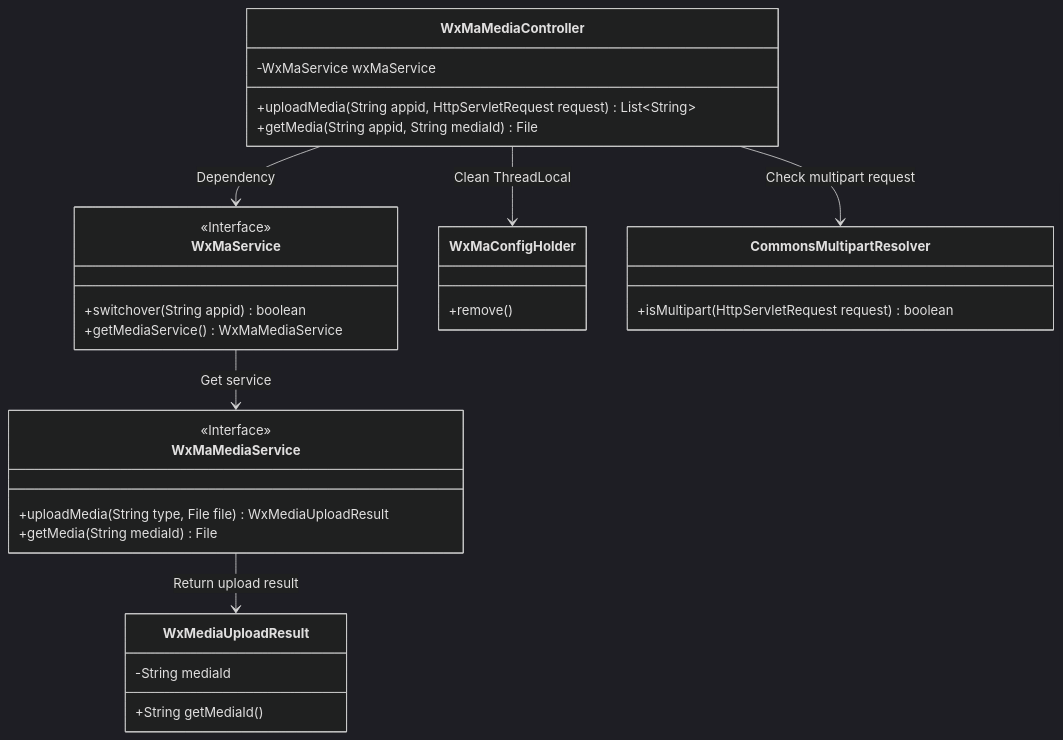
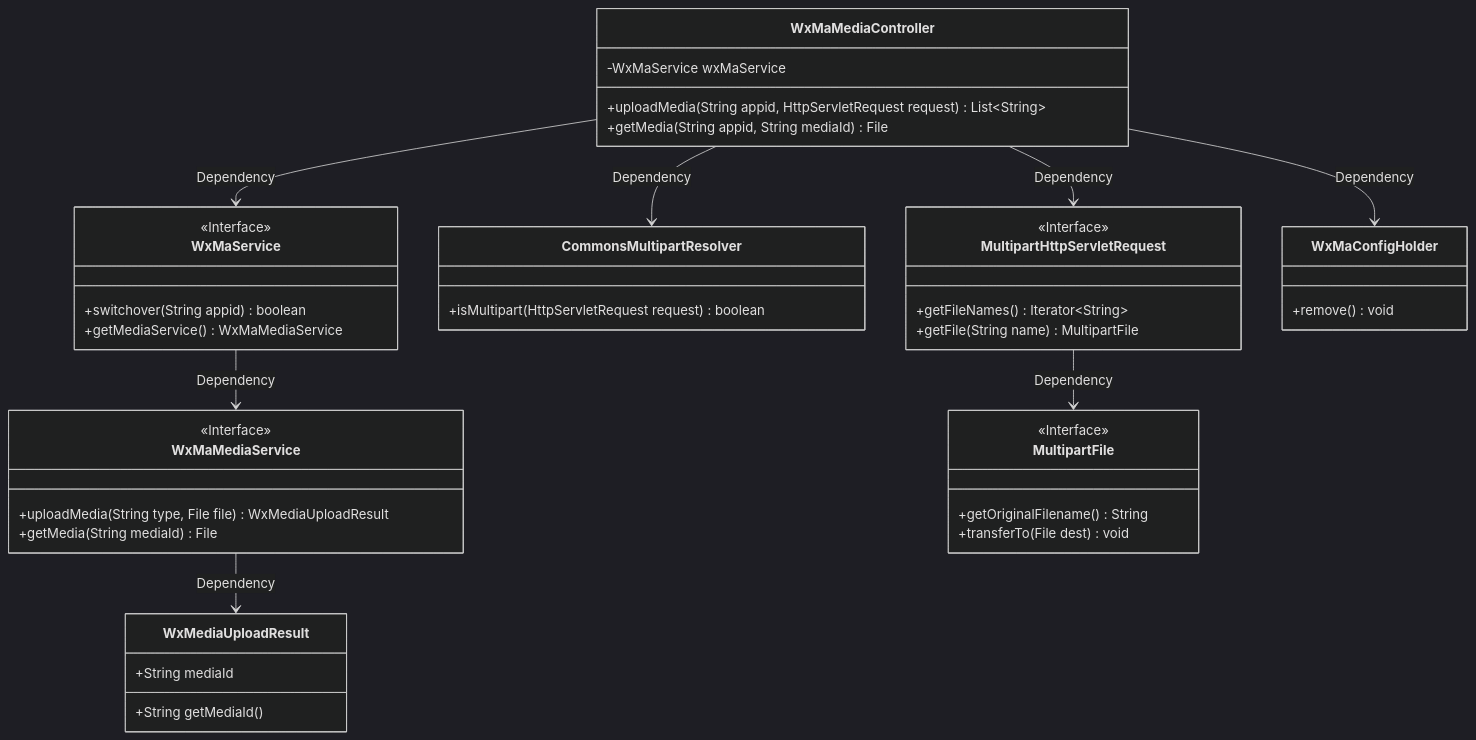
Before and after one commit to v-wjrong/rongwj666_weixin-java-miniapp-demo: the first of 3 diagrams in docs/en/docs/src/main/java/com/github/binarywang/demo/wx/miniapp/controller/WxMaMediaController.md, drawn with Mermaid (dark theme). The commit also changed other lines of this file and 47 other files, not shown here.

````diff
--- a/docs/en/docs/src/main/java/com/github/binarywang/demo/wx/miniapp/controller/WxMaMediaController.md
+++ b/docs/en/docs/src/main/java/com/github/binarywang/demo/wx/miniapp/controller/WxMaMediaController.md
@@ -36,39 +36,53 @@
 ```mermaid
 classDiagram
     class WxMaMediaController {
         -WxMaService wxMaService
         +uploadMedia(String appid, HttpServletRequest request) List~String~
         +getMedia(String appid, String mediaId) File
     }
 
     class WxMaService {
         <<Interface>>
         +switchover(String appid) boolean
         +getMediaService() WxMaMediaService
     }
 
     class WxMaMediaService {
         <<Interface>>
         +uploadMedia(String type, File file) WxMediaUploadResult
         +getMedia(String mediaId) File
     }
 
     class WxMediaUploadResult {
-        -String mediaId
+        +String mediaId
         +String getMediaId()
-    }
-
-    class WxMaConfigHolder {
-        +remove()
     }
 
     class CommonsMultipartResolver {
         +isMultipart(HttpServletRequest request) boolean
     }
 
+    class MultipartHttpServletRequest {
+        <<Interface>>
+        +getFileNames() Iterator~String~
+        +getFile(String name) MultipartFile
+    }
+
+    class MultipartFile {
+        <<Interface>>
+        +getOriginalFilename() String
+        +transferTo(File dest) void
+    }
+
+    class WxMaConfigHolder {
+        +remove() void
+    }
+
     WxMaMediaController --> WxMaService : Dependency
-    WxMaMediaController --> WxMaConfigHolder : Clean ThreadLocal
-    WxMaMediaController --> CommonsMultipartResolver : Check multipart request
-    WxMaService --> WxMaMediaService : Get service
-    WxMaMediaService --> WxMediaUploadResult : Return upload result
+    WxMaMediaController --> CommonsMultipartResolver : Dependency
+    WxMaMediaController --> MultipartHttpServletRequest : Dependency
+    WxMaMediaController --> WxMaConfigHolder : Dependency
+    WxMaService --> WxMaMediaService : Dependency
+    WxMaMediaService --> WxMediaUploadResult : Dependency
+    MultipartHttpServletRequest --> MultipartFile : Dependency
 ```
````
